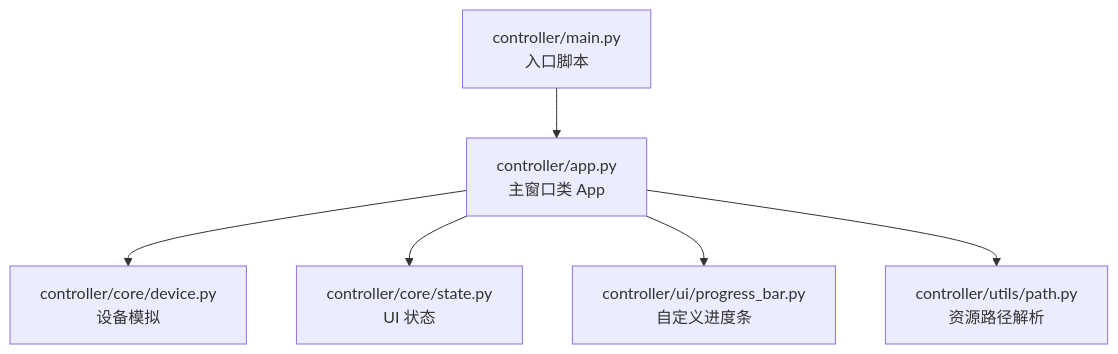
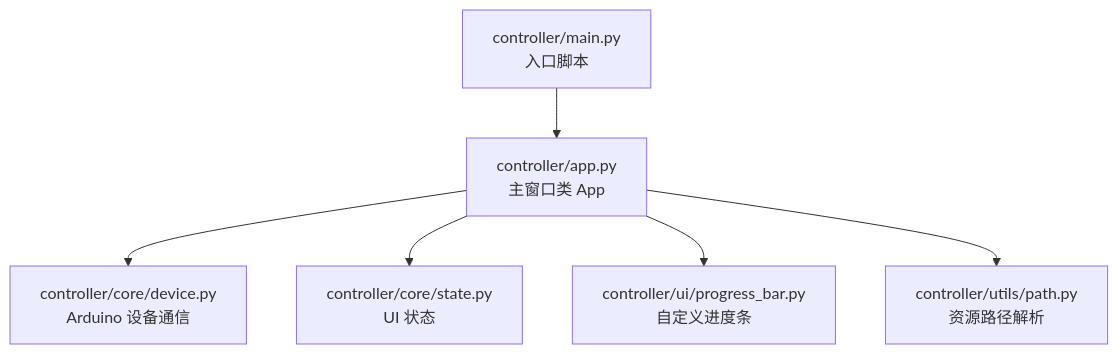
The first of 5 diagrams in .qoder/repowiki/zh/content/桌面应用架构/应用程序入口.md (Hankun-P/wireless-keyboard-toy), drawn with Mermaid before and after one commit. The commit also changed other lines of this file and 11 other files, not shown here.

````diff
--- a/.qoder/repowiki/zh/content/桌面应用架构/应用程序入口.md
+++ b/.qoder/repowiki/zh/content/桌面应用架构/应用程序入口.md
@@ -31,8 +38,8 @@
 ```mermaid
 graph TB
 M["controller/main.py<br/>入口脚本"] --> APP["controller/app.py<br/>主窗口类 App"]
-APP --> DEV["controller/core/device.py<br/>设备模拟"]
+APP --> DEV["controller/core/device.py<br/>Arduino 设备通信"]
 APP --> STATE["controller/core/state.py<br/>UI 状态"]
 APP --> PROG["controller/ui/progress_bar.py<br/>自定义进度条"]
 APP --> PATH["controller/utils/path.py<br/>资源路径解析"]
 ```
````
